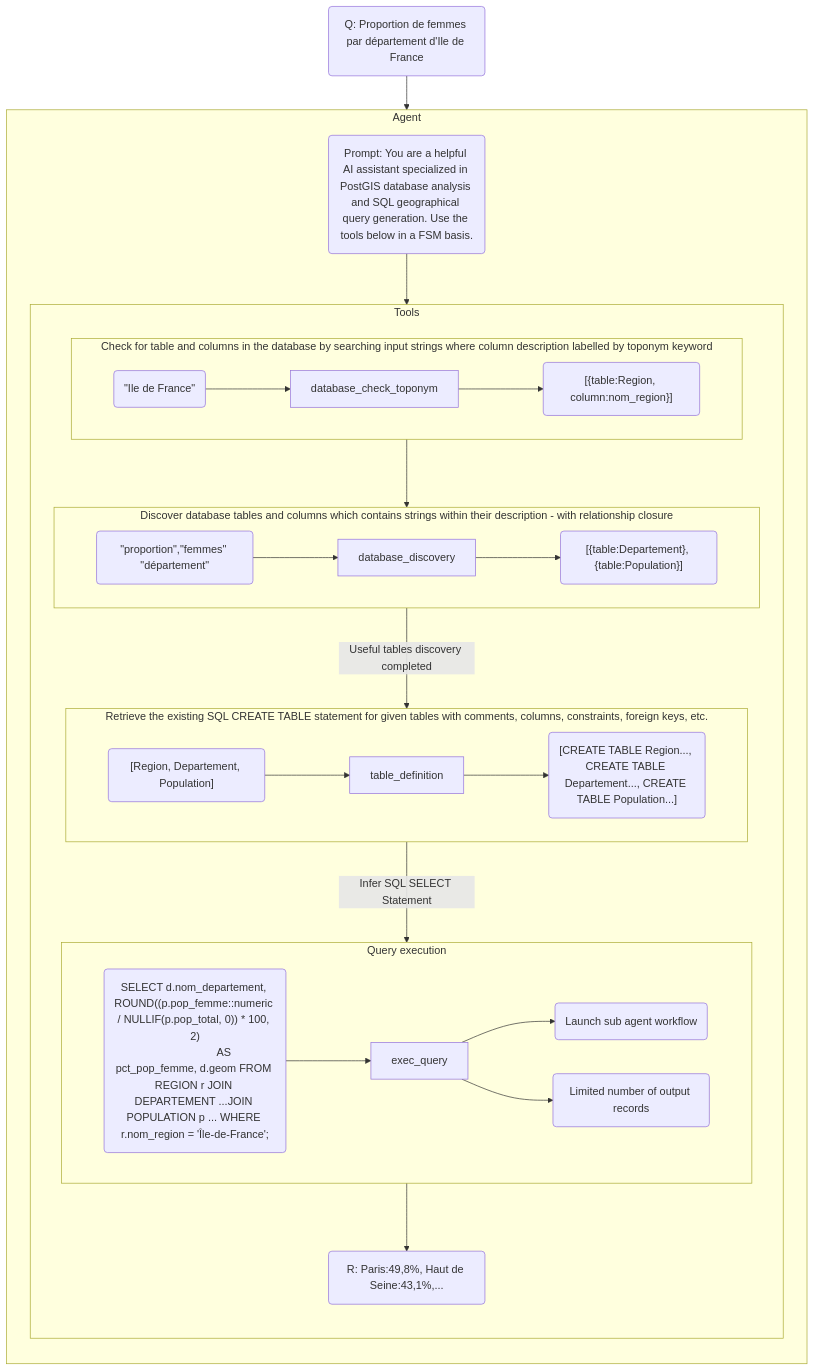
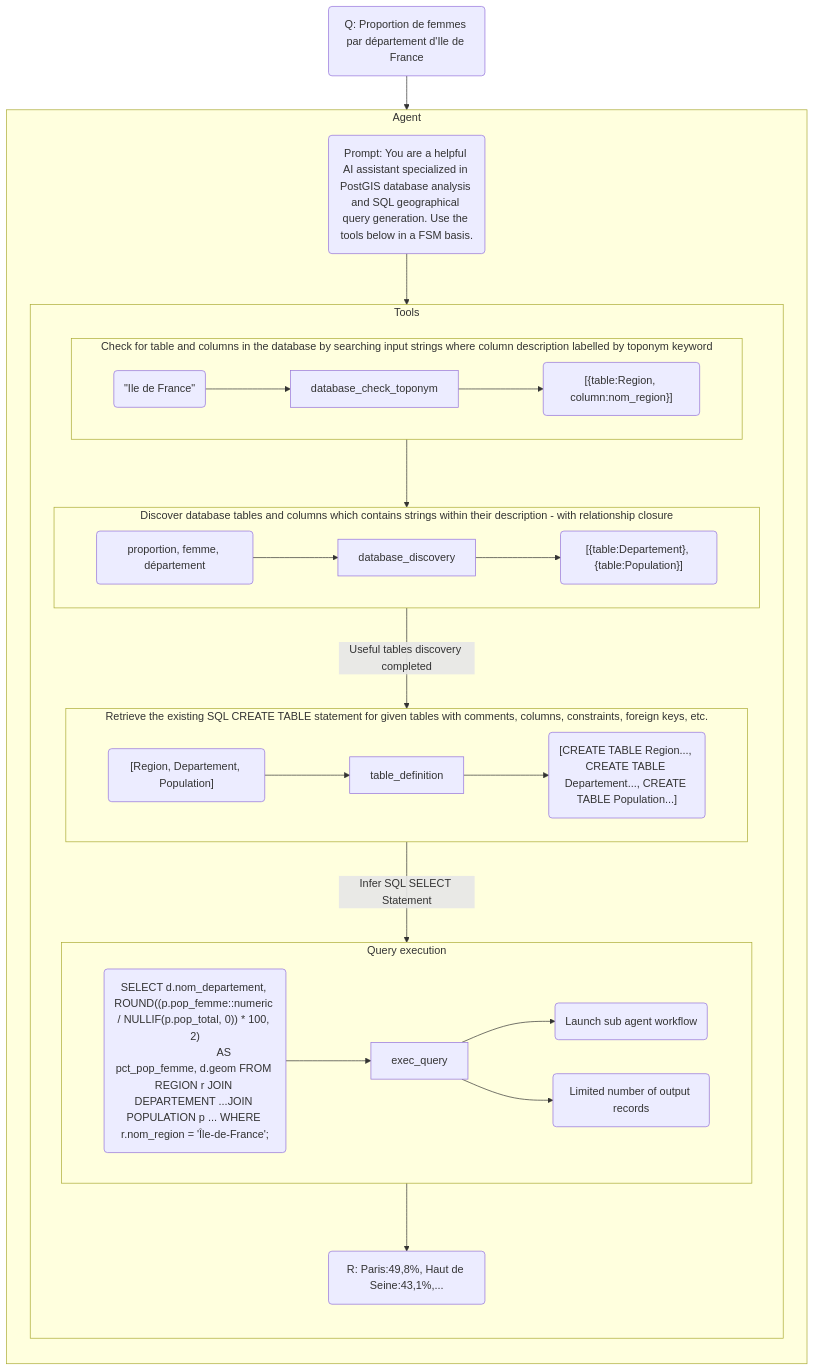
Before and after one commit to pixime-net/talk-backend: the second of 3 diagrams in docs/labs/FSM-discovery-mapping-agent.md, drawn with Mermaid.

Commit message:
Refactor FSM discovery mapping agent syntax
Updated input and output formatting for FSM mapping agent.

````diff
--- a/docs/labs/FSM-discovery-mapping-agent.md
+++ b/docs/labs/FSM-discovery-mapping-agent.md
@@ -58,60 +58,60 @@
 ```mermaid
 flowchart TB
     QUESTION(Q: Proportion de femmes par département d'Ile de France) --> AGENT
 
     subgraph AGENT[Agent]
         direction TB
 
         PROMPT(Prompt: You are a helpful AI assistant specialized in PostGIS database analysis and SQL geographical query generation. Use the tools below in a FSM basis.)
 
         T1_INPUT(&quot;Ile de France&quot;)
         T1_TOOL[database_check_toponym]
-        T1_OUTPUT(&#91&#123table:Region, column:nom_region&#125&#93)
+        T1_OUTPUT("&#91&#123table:Region, column:nom_region&#125&#93")
 
-        T2_INPUT(&quot;proportion&quot;,&quot;femmes&quot; &quot;département&quot;)
+        T2_INPUT("proportion, femme, département")
         T2_TOOL[database_discovery]
-        T2_OUTPUT(&#91&#123table:Departement&#125, &#123table:Population&#125&#93)
+        T2_OUTPUT("&#91&#123table:Departement&#125, &#123table:Population&#125&#93")
 
-        T3_INPUT(&#91Region, Departement, Population&#93)
+        T3_INPUT("&#91Region, Departement, Population&#93")
         T3_TOOL[table_definition]
-        T3_OUTPUT(&#91CREATE TABLE Region..., CREATE TABLE Departement..., CREATE TABLE Population...&#93)
+        T3_OUTPUT("&#91CREATE TABLE Region..., CREATE TABLE Departement..., CREATE TABLE Population...&#93")
 
         T4_INPUT(SELECT d.nom_departement, ROUND#40;#40;p.pop_femme::numeric / NULLIF#40;p.pop_total, 0#41;#41; * 100, 2#41;
                     AS pct_pop_femme, d.geom FROM REGION r JOIN DEPARTEMENT ...JOIN POPULATION p ... WHERE r.nom_region = 'Île-de-France'; )
         T4_TOOL[exec_query]
         T4_OUTPUT1(Launch sub agent workflow)
         T4_OUTPUT2(Limited number of output records)
 
         R(R: Paris:49,8%, Haut de Seine:43,1%,...)
 
         subgraph TOOLS[Tools]
             direction TB
             subgraph T1[Check for table and columns in the database by searching input strings where column description labelled by toponym keyword]
                 direction LR
                 T1_INPUT --> T1_TOOL
                 T1_TOOL --> T1_OUTPUT
             end
             subgraph T2[Discover database tables and columns which contains strings within their description - with relationship closure]
                 direction LR
                 T2_INPUT --> T2_TOOL
                 T2_TOOL --> T2_OUTPUT
             end
             subgraph T3[Retrieve the existing SQL CREATE TABLE statement for given tables with comments, columns, constraints, foreign keys, etc.]
                 direction LR
                 T3_INPUT --> T3_TOOL
                 T3_TOOL --> T3_OUTPUT
             end
             subgraph T4[Query execution]
                 direction LR
                 T4_INPUT --> T4_TOOL
                 T4_TOOL --> T4_OUTPUT1
                 T4_TOOL --> T4_OUTPUT2
             end
         T1 --> T2
         T2 --> | Useful tables discovery completed | T3
         T3 --> | Infer SQL SELECT Statement | T4
         T4_OUTPUT2 --> R
         end
     PROMPT --> TOOLS
     end
 ```
````
